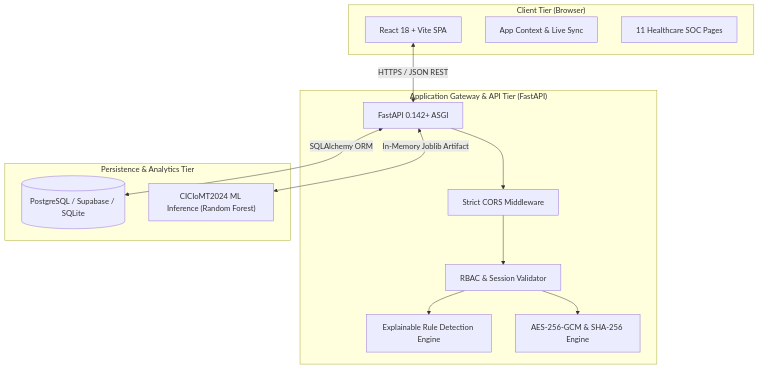
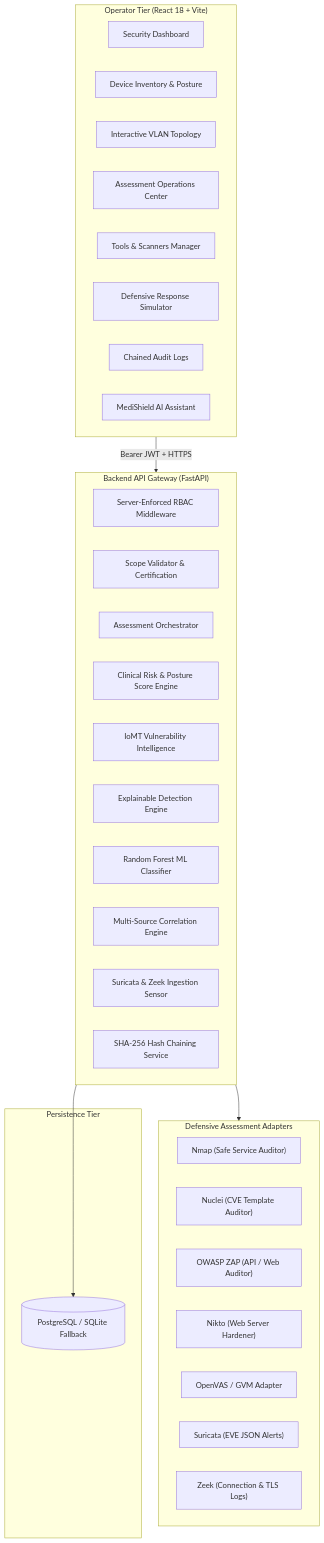
One commit to ANIKETCHAND/Msec changed the diagram in README.md. Above: the diagram before and after it, drawn with Mermaid. The commit also changed other lines of this file and 33 other files, not shown here.

Commit message:
feat(upgrade-v2): Complete MediShield v2.0 upgrade across all phases (Phases 0 to 34)

````diff
--- a/README.md
+++ b/README.md
@@ -47,29 +20,44 @@
 ```mermaid
 flowchart TD
-    subgraph Client ["Client Tier (Browser)"]
-        UI["React 18 + Vite SPA"]
-        Context["App Context & Live Sync"]
-        Pages["11 Healthcare SOC Pages"]
+    subgraph UI ["Operator Tier (React 18 + Vite)"]
+        Dashboard["Security Dashboard"]
+        Inventory["Device Inventory & Posture"]
+        Topology["Interactive VLAN Topology"]
+        AsmCenter["Assessment Operations Center"]
+        ToolsMgmt["Tools & Scanners Manager"]
+        Containment["Defensive Response Simulator"]
+        AuditUI["Chained Audit Logs"]
+        AIAssist["MediShield AI Assistant"]
     end
 
-    subgraph Gateway ["Application Gateway & API Tier (FastAPI)"]
-        FastAPI["FastAPI 0.142+ ASGI"]
-        CORS["Strict CORS Middleware"]
-        AuthMid["RBAC & Session Validator"]
-        RuleEng["Explainable Rule Detection Engine"]
-        Crypto["AES-256-GCM & SHA-256 Engine"]
+    subgraph API ["Backend API Gateway (FastAPI)"]
+        RBAC["Server-Enforced RBAC Middleware"]
+        ScopeEngine["Scope Validator & Certification"]
+        Orchestrator["Assessment Orchestrator"]
+        RiskEng["Clinical Risk & Posture Score Engine"]
+        VulnIntel["IoMT Vulnerability Intelligence"]
+        RuleEng["Explainable Detection Engine"]
+        MLEng["Random Forest ML Classifier"]
+        CorrEng["Multi-Source Correlation Engine"]
+        IDSEng["Suricata & Zeek Ingestion Sensor"]
+        AuditChain["SHA-256 Hash Chaining Service"]
     end
 
-    subgraph DataTier ["Persistence & Analytics Tier"]
-        DB[(PostgreSQL / Supabase / SQLite)]
-        ML["CICIoMT2024 ML Inference (Random Forest)"]
+    subgraph Tools ["Defensive Assessment Adapters"]
+        Nmap["Nmap (Safe Service Auditor)"]
+        Nuclei["Nuclei (CVE Template Auditor)"]
+        ZAP["OWASP ZAP (API / Web Auditor)"]
+        Nikto["Nikto (Web Server Hardener)"]
+        OpenVAS["OpenVAS / GVM Adapter"]
+        Suricata["Suricata (EVE JSON Alerts)"]
+        Zeek["Zeek (Connection & TLS Logs)"]
     end
 
-    UI <-->|HTTPS / JSON REST| FastAPI
-    FastAPI --> CORS
-    CORS --> AuthMid
-    AuthMid --> RuleEng
-    AuthMid --> Crypto
-    FastAPI <-->|SQLAlchemy ORM| DB
-    FastAPI <-->|In-Memory Joblib Artifact| ML
+    subgraph DB ["Persistence Tier"]
+        SQL[(PostgreSQL / SQLite Fallback)]
+    end
+
+    UI -->|Bearer JWT + HTTPS| API
+    API --> Tools
+    API --> SQL
 ```
````
